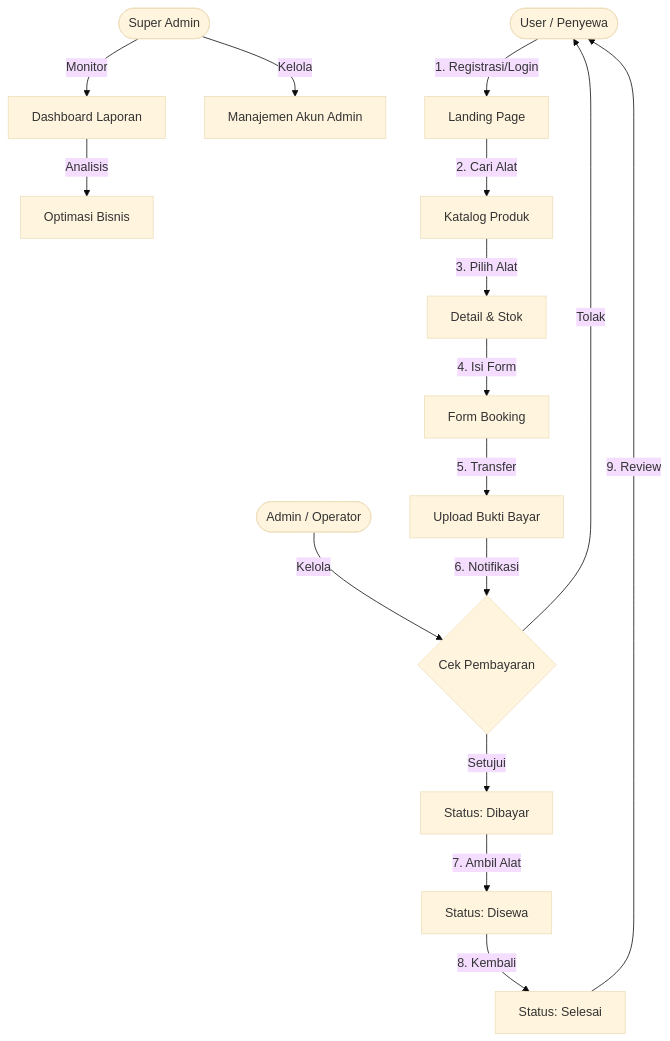
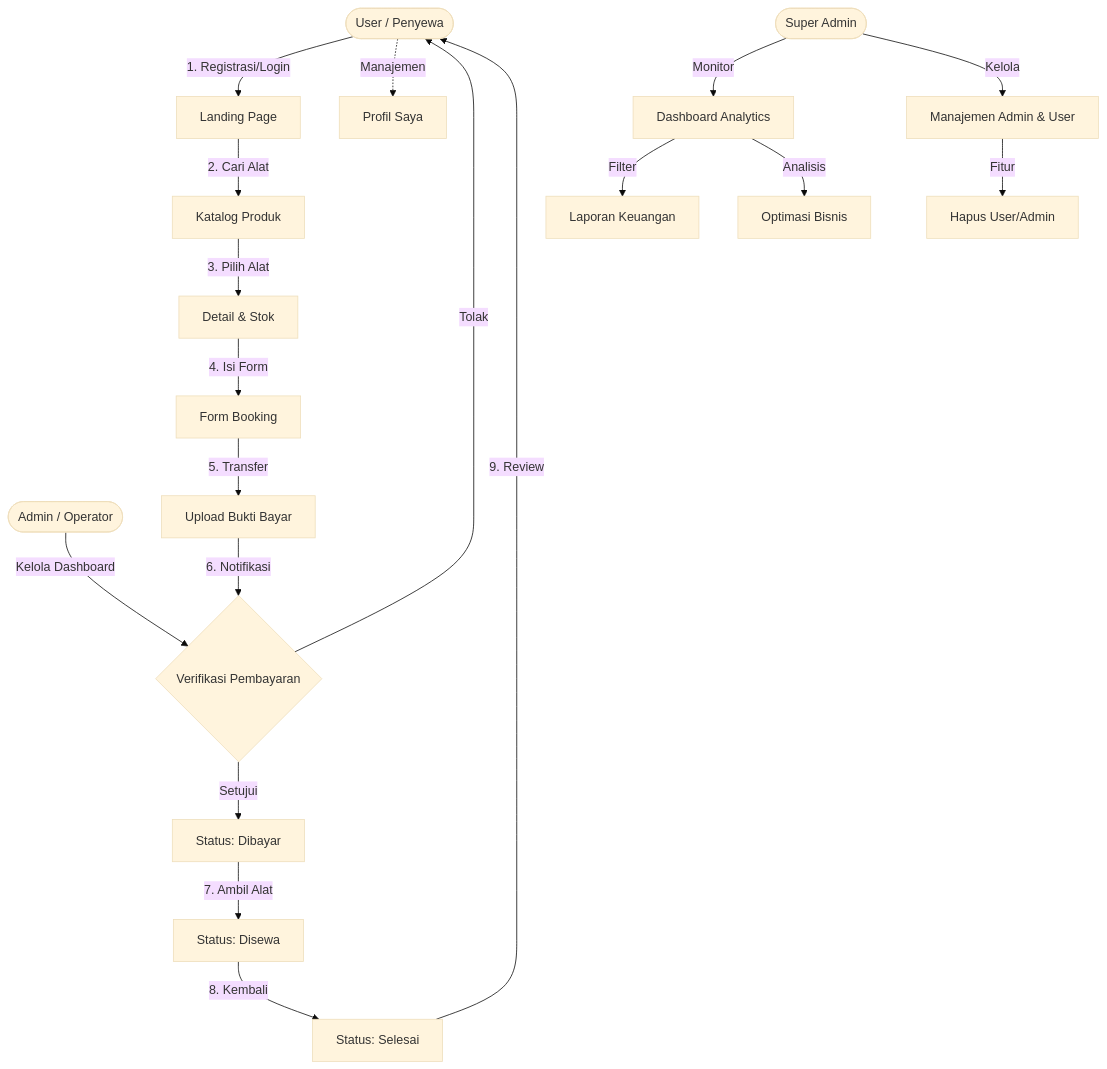
One commit to haidaralfff/rentcam-website changed the diagram in docs.md. Above: the diagram before and after it, drawn with Mermaid (base theme). The commit also changed other lines of this file and 18 other files, not shown here.

````diff
--- a/docs.md
+++ b/docs.md
@@ -7,28 +7,31 @@
 ```mermaid
 graph TD
     %% Roles
     User([User / Penyewa])
     Admin([Admin / Operator])
     SAdmin([Super Admin])
 
     %% User Flow
     User -->|1. Registrasi/Login| Home[Landing Page]
     Home -->|2. Cari Alat| Katalog[Katalog Produk]
     Katalog -->|3. Pilih Alat| Detail[Detail & Stok]
     Detail -->|4. Isi Form| Booking[Form Booking]
     Booking -->|5. Transfer| Bayar[Upload Bukti Bayar]
+    User -.->|Manajemen| Profile[Profil Saya]
     
     %% Admin Flow
-    Bayar -->|6. Notifikasi| A_Check{Cek Pembayaran}
-    Admin -->|Kelola| A_Check
+    Bayar -->|6. Notifikasi| A_Check{Verifikasi Pembayaran}
+    Admin -->|Kelola Dashboard| A_Check
     A_Check -- Tolak --> User
     A_Check -- Setujui --> Verified[Status: Dibayar]
     Verified -->|7. Ambil Alat| InProgress[Status: Disewa]
     InProgress -->|8. Kembali| Done[Status: Selesai]
     Done -->|9. Review| User
 
     %% Super Admin Flow
-    SAdmin -->|Monitor| Dash[Dashboard Laporan]
-    SAdmin -->|Kelola| Acc[Manajemen Akun Admin]
+    SAdmin -->|Monitor| Dash[Dashboard Analytics]
+    SAdmin -->|Kelola| Acc[Manajemen Admin & User]
+    Acc -->|Fitur| Delete[Hapus User/Admin]
+    Dash -->|Filter| Laporan[Laporan Keuangan]
     Dash -->|Analisis| Optimization[Optimasi Bisnis]
 ```
````
